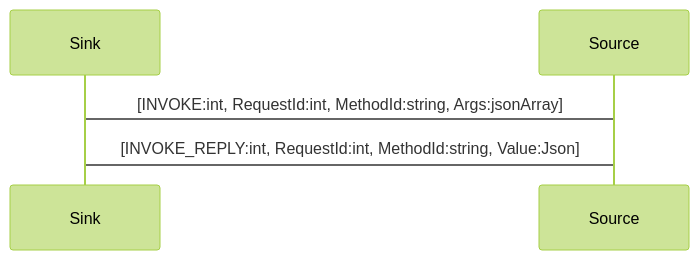
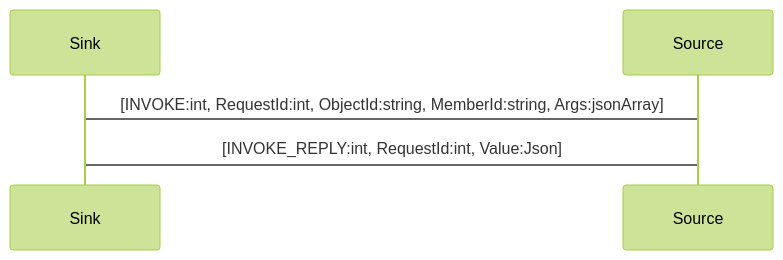
One commit to apigear-io/apigear-docs changed the diagram in docs/advanced/objectlink/methods.md. Above: the diagram before and after it, drawn with Mermaid (forest theme). The commit also changed other lines of this file and 5 other files, not shown here.

````diff
--- a/docs/advanced/objectlink/methods.md
+++ b/docs/advanced/objectlink/methods.md
@@ -62,5 +59,5 @@
 ```mermaid
 sequenceDiagram
-Sink->Source: [INVOKE:int, RequestId:int, MethodId:string, Args:jsonArray]
-Source->Sink: [INVOKE_REPLY:int, RequestId:int, MethodId:string, Value:Json]
+Sink->Source: [INVOKE:int, RequestId:int, ObjectId:string, MemberId:string, Args:jsonArray]
+Source->Sink: [INVOKE_REPLY:int, RequestId:int, Value:Json]
 ```
````
